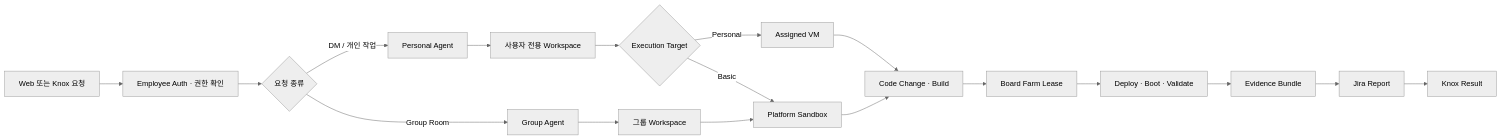
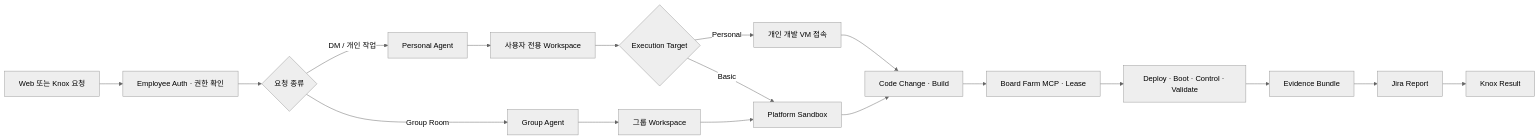
The first of 2 diagrams in README.md (devSejung/platformclaw), drawn with Mermaid (neutral theme) before and after one commit. The commit also changed other lines of this file and 32 other files, not shown here.

Commit message:
docs: clarify PlatformClaw personal VM and board workflow

````diff
--- a/README.md
+++ b/README.md
@@ -35,20 +35,20 @@
 ```mermaid
 flowchart LR
   A["Web 또는 Knox 요청"] --> B["Employee Auth · 권한 확인"]
   B --> C{"요청 종류"}
   C -->|DM / 개인 작업| D["Personal Agent"]
   C -->|Group Room| E["Group Agent"]
   D --> F["사용자 전용 Workspace"]
   E --> G["그룹 Workspace"]
   F --> H{"Execution Target"}
   G --> I["Platform Sandbox"]
-  H -->|Personal| J["Assigned VM"]
+  H -->|Personal| J["개인 개발 VM 접속"]
   H -->|Basic| I
   J --> K["Code Change · Build"]
   I --> K
-  K --> L["Board Farm Lease"]
-  L --> M["Deploy · Boot · Validate"]
+  K --> L["Board Farm MCP · Lease"]
+  L --> M["Deploy · Boot · Control · Validate"]
   M --> N["Evidence Bundle"]
   N --> O["Jira Report"]
   O --> P["Knox Result"]
 ```
````
